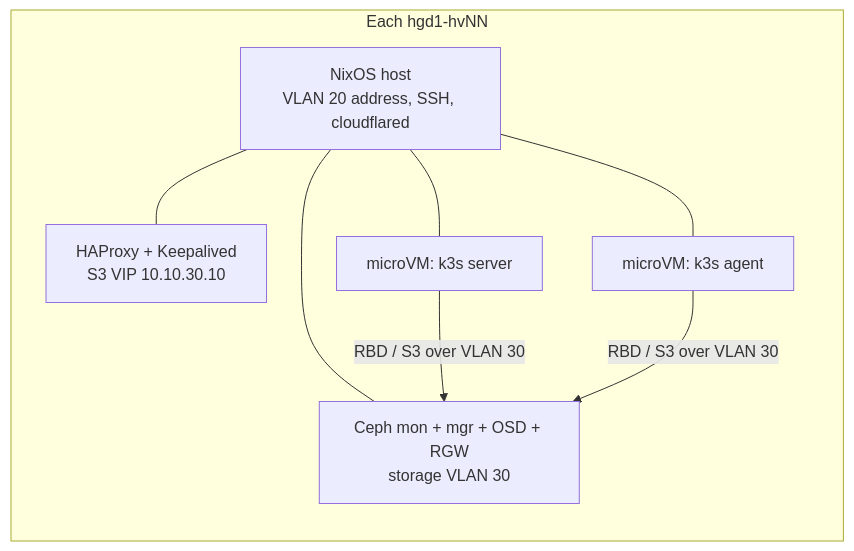
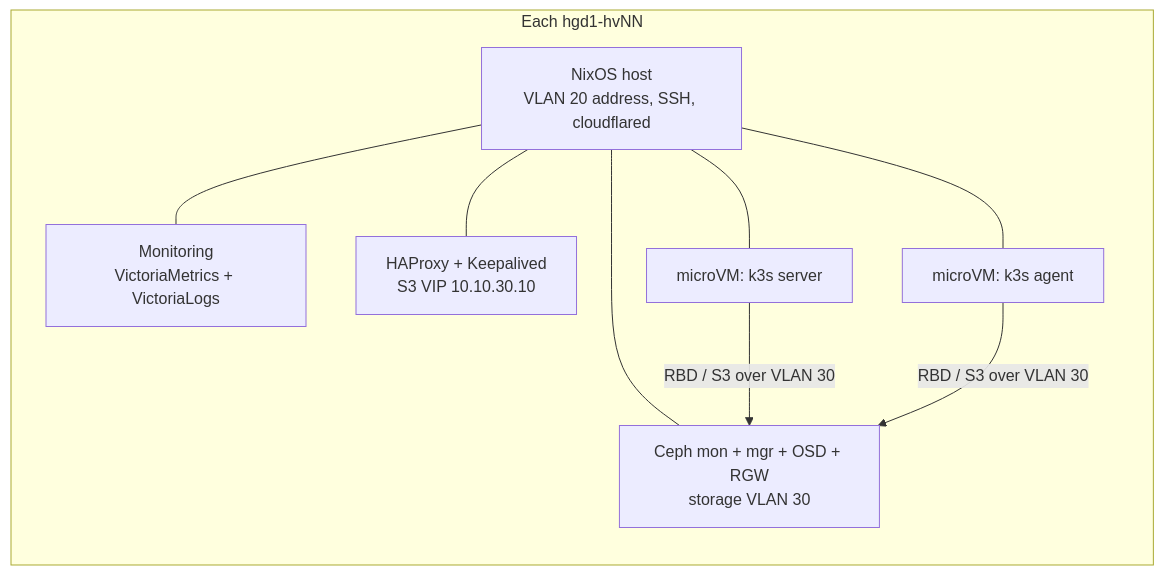
One commit to jurrebuunk/nix-cluster changed the diagram in docs/concepts/index.md. Above: the diagram before and after it, drawn with Mermaid. The commit also changed other lines of this file and 26 other files, not shown here.

````diff
--- a/docs/concepts/index.md
+++ b/docs/concepts/index.md
@@ -51,17 +51,19 @@
 ```mermaid
 flowchart TB
   subgraph node [Each hgd1-hvNN]
     direction TB
     os[NixOS host<br/>VLAN 20 address, SSH, cloudflared]
     ceph[Ceph mon + mgr + OSD + RGW<br/>storage VLAN 30]
     s3[HAProxy + Keepalived<br/>S3 VIP 10.10.30.10]
     vm1[microVM: k3s server]
     vm2[microVM: k3s agent]
+    mon[Monitoring<br/>VictoriaMetrics + VictoriaLogs]
+    os --- mon
     os --- ceph
     os --- s3
     os --- vm1
     os --- vm2
   end
   vm1 -- RBD / S3 over VLAN 30 --> ceph
   vm2 -- RBD / S3 over VLAN 30 --> ceph
 ```
````
